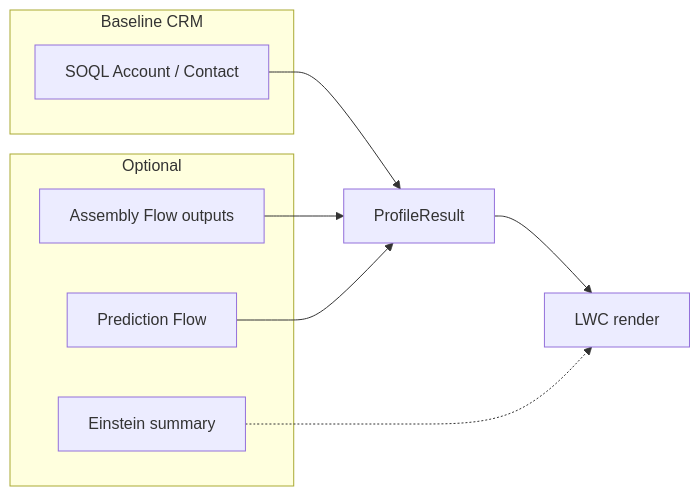
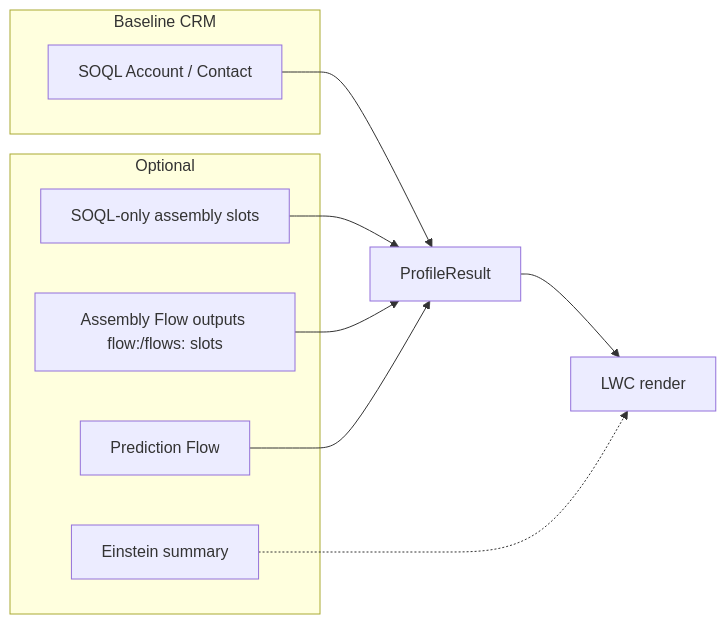
One commit to josers18/JDO changed the first of 7 diagrams in DC_PersonProfileWidget/docs/DIAGRAMS.md. Above: the diagram before and after it, drawn with Mermaid. The commit also changed other lines of this file and 51 other files, not shown here.

First line of the commit message:
Docs: Customer profile flow/SOQL mapping; full Business profile docs; monorepo index

````diff
--- a/DC_PersonProfileWidget/docs/DIAGRAMS.md
+++ b/DC_PersonProfileWidget/docs/DIAGRAMS.md
@@ -9,16 +9,18 @@
 ```mermaid
 flowchart LR
     subgraph Base["Baseline CRM"]
         S[SOQL Account / Contact]
     end
     subgraph Optional["Optional"]
-        A[Assembly Flow outputs]
+        A[Assembly Flow outputs flow:/flows: slots]
+        Q[SOQL-only assembly slots]
         P[Prediction Flow]
         E[Einstein summary]
     end
     S --> M[ProfileResult]
+    Q --> M
     A --> M
     P --> M
     M --> LWC[LWC render]
     E -.-> LWC
 ```
````
